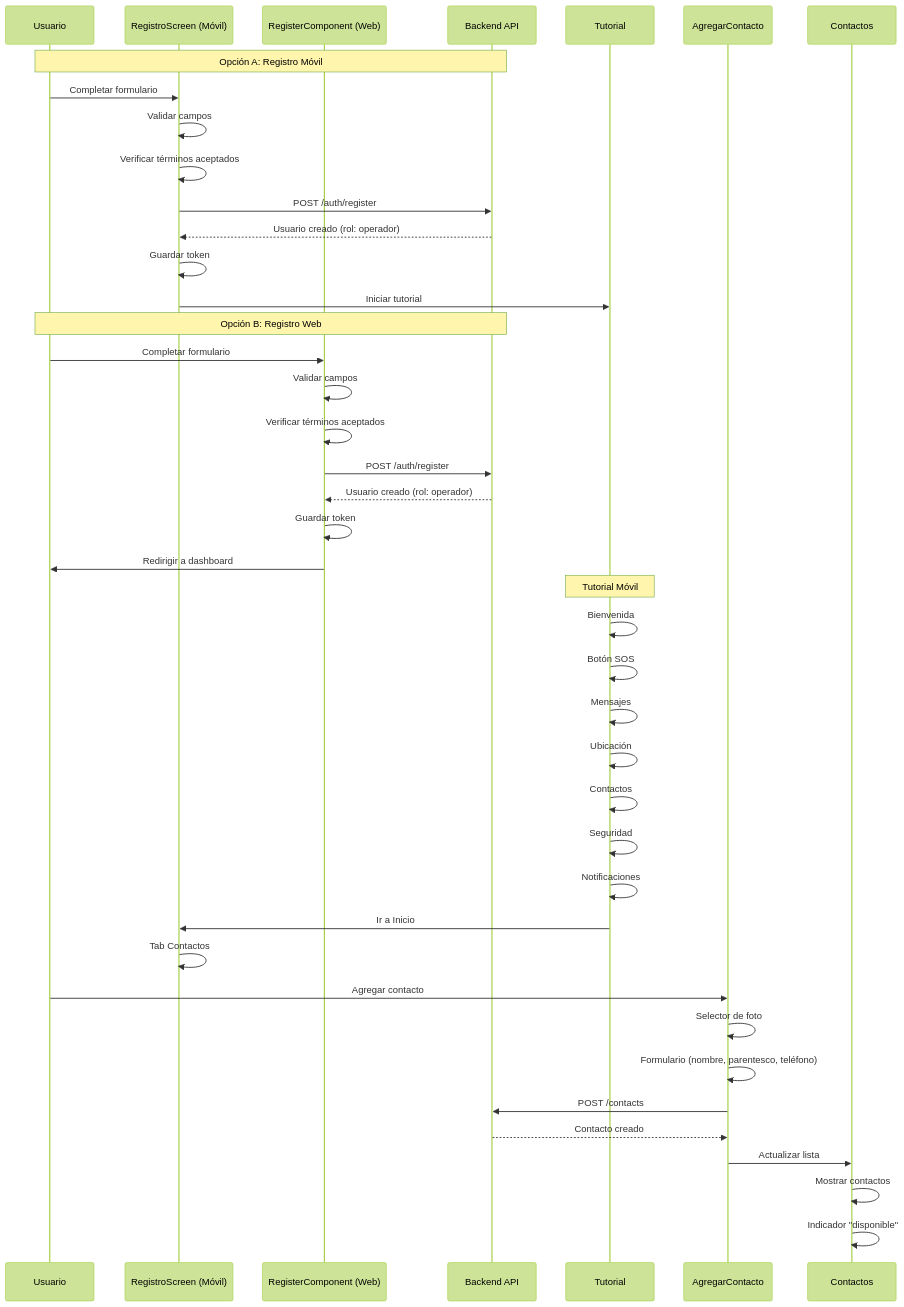
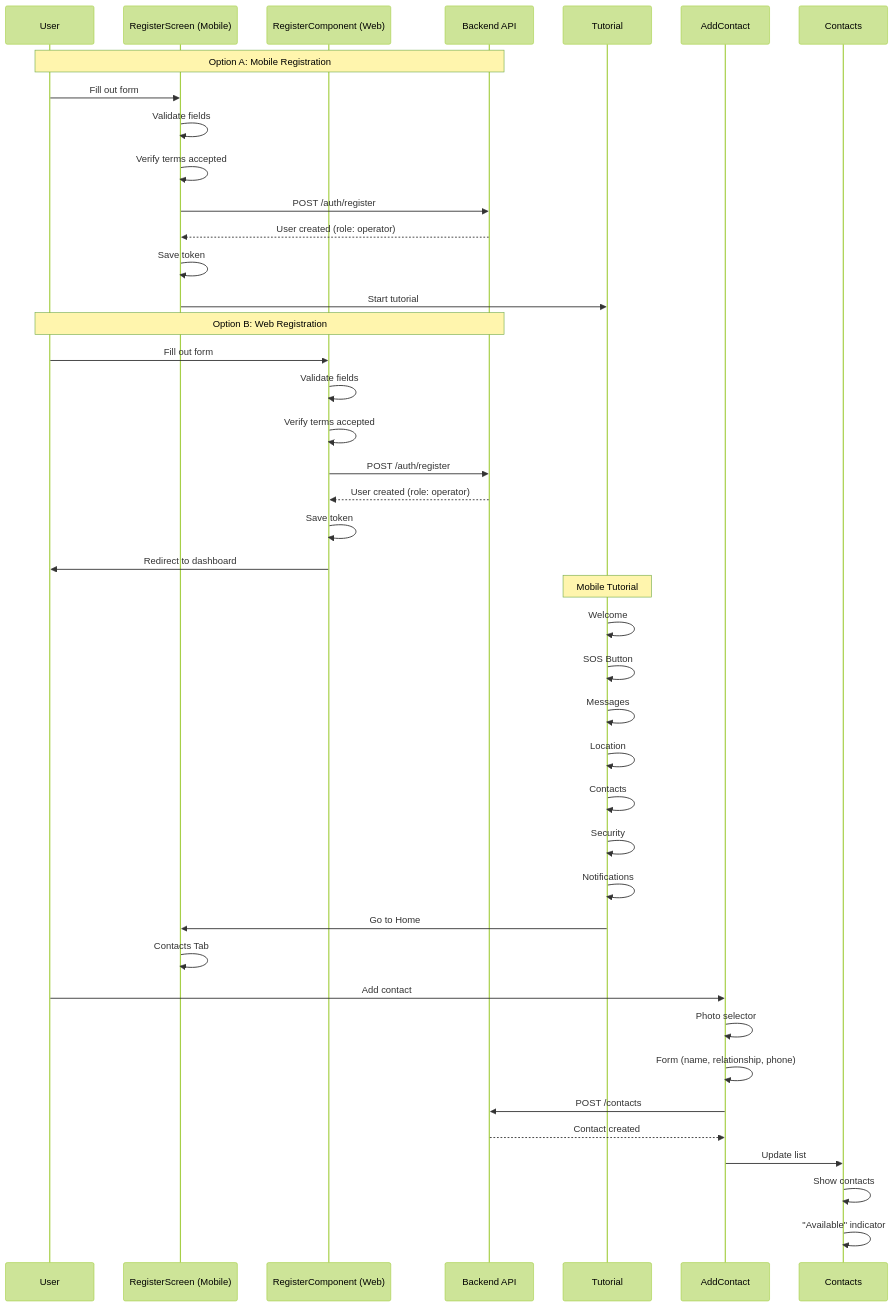
One commit to code-sena/wal-docs changed the second of 3 diagrams in 12-ux-ui/navigation-map.md. Above: the diagram before and after it, drawn with Mermaid (forest theme). The commit also changed other lines of this file and 17 other files, not shown here.

Commit message:
docs: update core documentation across modules, architecture, and requirements

````diff
--- a/12-ux-ui/navigation-map.md
+++ b/12-ux-ui/navigation-map.md
@@ -238,48 +238,48 @@
 ```mermaid
 sequenceDiagram
-    participant U as Usuario
-    participant RM as RegistroScreen (Móvil)
+    participant U as User
+    participant RM as RegisterScreen (Mobile)
     participant RC as RegisterComponent (Web)
     participant API as Backend API
     participant T as Tutorial
-    participant AC as AgregarContacto
-    participant C as Contactos
+    participant AC as AddContact
+    participant C as Contacts
 
-    Note over U,API: Opción A: Registro Móvil
-    U->>RM: Completar formulario
-    RM->>RM: Validar campos
-    RM->>RM: Verificar términos aceptados
+    Note over U,API: Option A: Mobile Registration
+    U->>RM: Fill out form
+    RM->>RM: Validate fields
+    RM->>RM: Verify terms accepted
     RM->>API: POST /auth/register
-    API-->>RM: Usuario creado (rol: operador)
-    RM->>RM: Guardar token
-    RM->>T: Iniciar tutorial
+    API-->>RM: User created (role: operator)
+    RM->>RM: Save token
+    RM->>T: Start tutorial
 
-    Note over U,API: Opción B: Registro Web
-    U->>RC: Completar formulario
-    RC->>RC: Validar campos
-    RC->>RC: Verificar términos aceptados
+    Note over U,API: Option B: Web Registration
+    U->>RC: Fill out form
+    RC->>RC: Validate fields
+    RC->>RC: Verify terms accepted
     RC->>API: POST /auth/register
-    API-->>RC: Usuario creado (rol: operador)
-    RC->>RC: Guardar token
-    RC->>U: Redirigir a dashboard
+    API-->>RC: User created (role: operator)
+    RC->>RC: Save token
+    RC->>U: Redirect to dashboard
 
-    Note over T: Tutorial Móvil
-    T->>T: Bienvenida
-    T->>T: Botón SOS
-    T->>T: Mensajes
-    T->>T: Ubicación
-    T->>T: Contactos
-    T->>T: Seguridad
-    T->>T: Notificaciones
-    T->>RM: Ir a Inicio
+    Note over T: Mobile Tutorial
+    T->>T: Welcome
+    T->>T: SOS Button
+    T->>T: Messages
+    T->>T: Location
+    T->>T: Contacts
+    T->>T: Security
+    T->>T: Notifications
+    T->>RM: Go to Home
 
-    RM->>RM: Tab Contactos
-    U->>AC: Agregar contacto
-    AC->>AC: Selector de foto
-    AC->>AC: Formulario (nombre, parentesco, teléfono)
+    RM->>RM: Contacts Tab
+    U->>AC: Add contact
+    AC->>AC: Photo selector
+    AC->>AC: Form (name, relationship, phone)
     AC->>API: POST /contacts
-    API-->>AC: Contacto creado
-    AC->>C: Actualizar lista
-    C->>C: Mostrar contactos
-    C->>C: Indicador "disponible"
+    API-->>AC: Contact created
+    AC->>C: Update list
+    C->>C: Show contacts
+    C->>C: "Available" indicator
 ```
````
